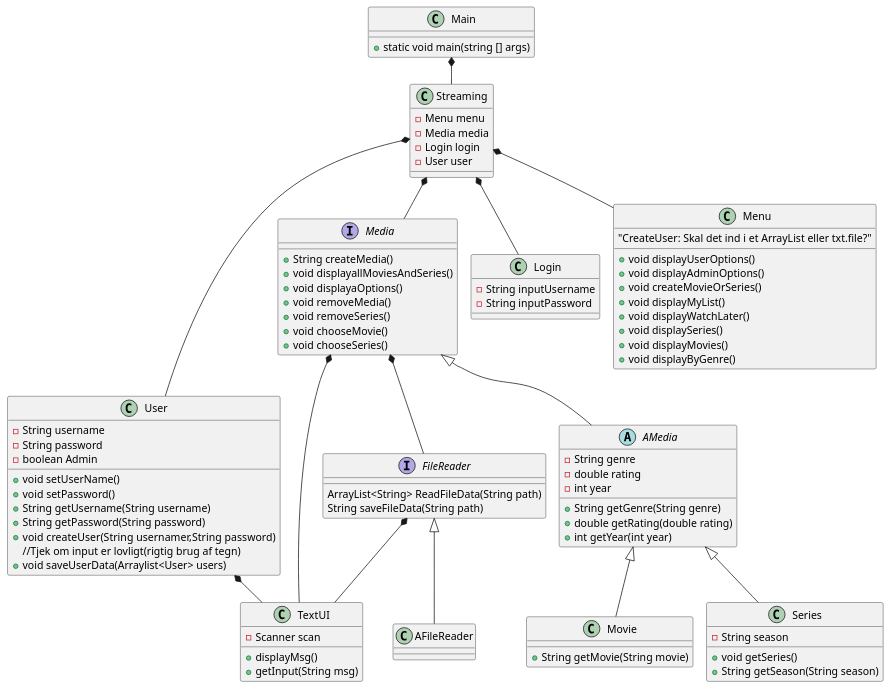
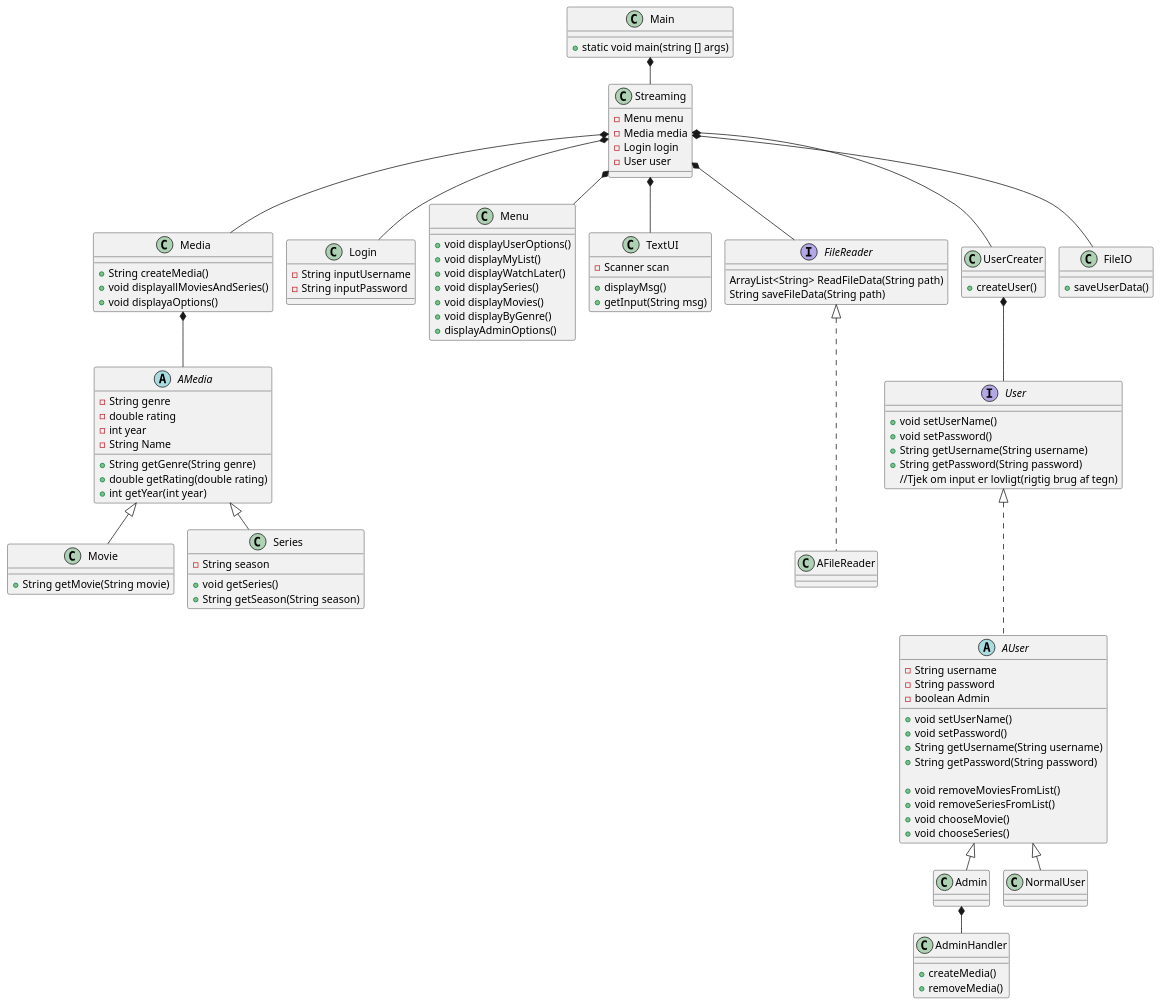
One commit to cphkev/SP3Streaming changed the diagram in SP3_Streaming.puml. Above: the diagram before and after it, drawn with PlantUML. The commit also changed 1 other file, not shown here.

```diff
--- a/SP3_Streaming.puml
+++ b/SP3_Streaming.puml
@@ -1,114 +1,153 @@
 @startuml
 'https://plantuml.com/sequence-diagram
 !pragma layout smetana
 class Main
-interface Media
+class Media
 class Movie
 class Series
-class User
+interface User
 class Login
 class AFileReader
 class Menu
 class TextUI
 abstract AMedia
 interface FileReader
 class Streaming
+abstract AUser
+class Admin
+class NormalUser
 
-Media <|-- AMedia
+AUser <|-- Admin
+AUser <|--NormalUser
+User <|-.- AUser
+Media *-- AMedia
 Main *-- Streaming
 Streaming *-- Login
 Streaming *-- Menu
 Streaming *-- Media
-Streaming *-- User
+Streaming *-- UserCreater
 
-FileReader *-- TextUI
+
 AMedia <|-- Movie
 AMedia <|-- Series
-Media *-- FileReader
-Media *-- TextUI
-User *-- TextUI
 
-FileReader <|-- AFileReader
+
+Streaming *-- TextUI
+Streaming *-- FileReader
+FileReader <|-.- AFileReader
 Main : + static void main(string [] args)
 
 class Streaming {
 - Menu menu
 -Media media
 -Login login
 -User user
 
 
 }
 
 
 
 
 Login : -String inputUsername
 Login : -String inputPassword
 
 FileReader : ArrayList<String> ReadFileData(String path)
 FileReader : String saveFileData(String path)
 
-User : -String username
-User : -String password
-User : -boolean Admin
+
 
 User : + void setUserName()
 User : + void setPassword()
 
 User : + String getUsername(String username)
 User : + String getPassword(String password)
 
-User : +void createUser(String usernamer,String password)
 User : //Tjek om input er lovligt(rigtig brug af tegn)
 
-User : +void saveUserData(Arraylist<User> users)
+UserCreater *-- User
+class UserCreater{
++createUser()
+}
+
+Streaming *-- FileIO
+class FileIO{
++saveUserData()
+}
+
+
 
 Menu : +void displayUserOptions()
-Menu : +void displayAdminOptions()
-Menu : +void createMovieOrSeries()
+
+
 Menu : +void displayMyList()
-Menu : "CreateUser: Skal det ind i et ArrayList eller txt.file?"
+
 Menu : +void displayWatchLater()
 Menu : +void displaySeries()
 Menu : +void displayMovies()
 Menu : +void displayByGenre()
+Menu : +displayAdminOptions()
 
 TextUI : -Scanner scan
 TextUI : + displayMsg()
 TextUI : +getInput(String msg)
 
 Media : +String createMedia()
 Media : +void displayallMoviesAndSeries()
 Media : +void displayaOptions()
-Media : +void removeMedia()
-Media : +void removeSeries()
-Media : +void chooseMovie()
-Media : +void chooseSeries()
+
 
 AMedia : -String genre
 AMedia : -double rating
 AMedia : -int year
+AMedia : -String Name
+
 Movie : +String getMovie(String movie)
 
 AMedia : +String getGenre(String genre)
 AMedia : +double getRating(double rating)
 AMedia : +int getYear(int year)
 
 
 Series : -String season
 
 
 
 Series : +void getSeries()
 Series : +String getSeason(String season)
 
 
+abstract AUser{
+-String username
+-String password
+-boolean Admin
+
++ void setUserName()
++ void setPassword()
++ String getUsername(String username)
++ String getPassword(String password)
+
++void removeMoviesFromList()
++void removeSeriesFromList()
+ +void chooseMovie()
+ +void chooseSeries()
+
+
+}
+
+Admin *-- AdminHandler
+class AdminHandler{
+
++createMedia()
++removeMedia()
+
+
+}
 
 
 
 
 
 
 
 @enduml
```
